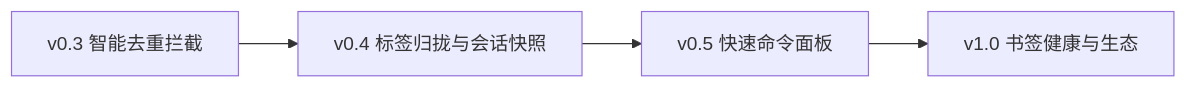
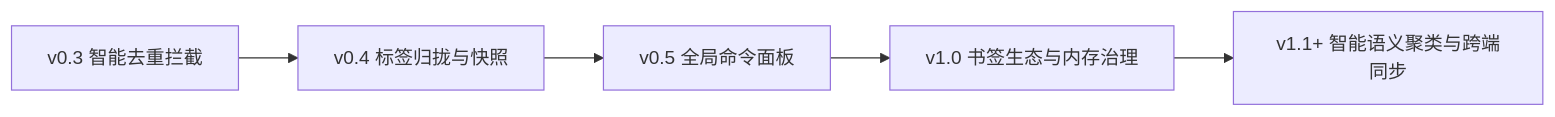
Before and after one commit to coder-zhuzm/YiTab: the diagram in README.md, drawn with Mermaid. The commit also changed other lines of this file and 19 other files, not shown here.

````diff
--- a/README.md
+++ b/README.md
@@ -167,6 +184,7 @@
 ```mermaid
 graph LR
-    A[v0.3 智能去重拦截] --> B[v0.4 标签归拢与会话快照]
-    B --> C[v0.5 快速命令面板]
-    C --> D[v1.0 书签健康与生态]
+    A[v0.3 智能去重拦截] --> B[v0.4 标签归拢与快照]
+    B --> C[v0.5 全局命令面板]
+    C --> D[v1.0 书签生态与内存治理]
+    D --> E[v1.1+ 智能语义聚类与跨端同步]
 ```
````
